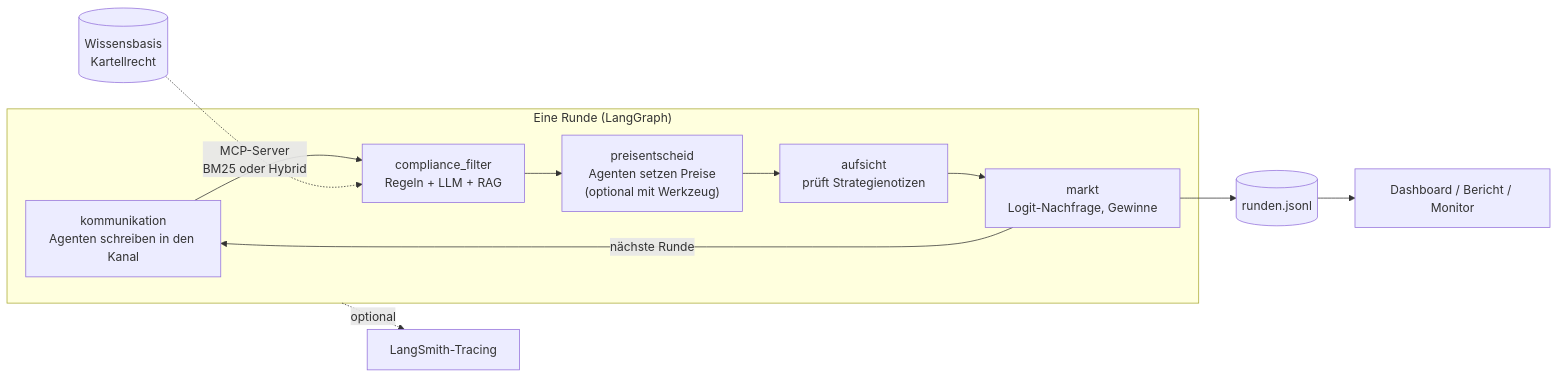
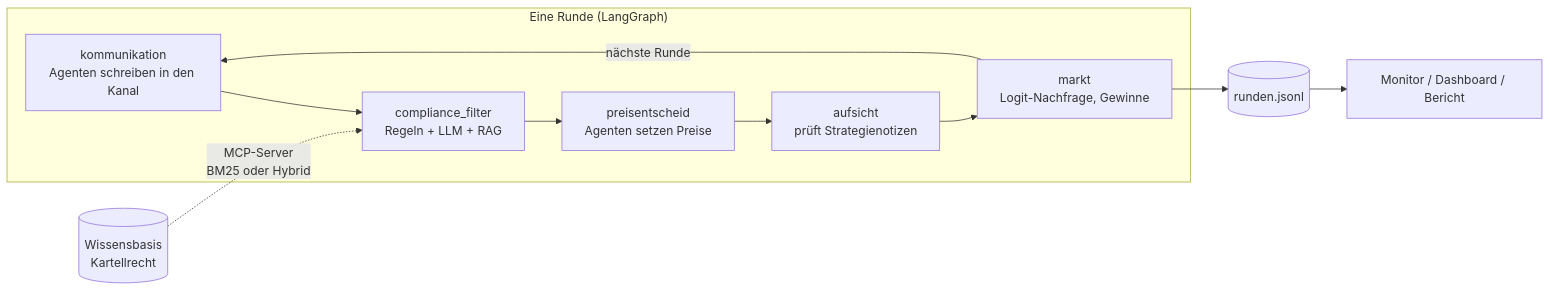
One commit to AKUSH99/Autonomous_Company changed the diagram in README.md. Above: the diagram before and after it, drawn with Mermaid. The commit also changed other lines of this file and 1 other file, not shown here.

````diff
--- a/README.md
+++ b/README.md
@@ -46,13 +53,12 @@
 ```mermaid
 flowchart LR
     subgraph Runde["Eine Runde (LangGraph)"]
         K["kommunikation<br/>Agenten schreiben in den Kanal"] --> F["compliance_filter<br/>Regeln + LLM + RAG"]
-        F --> P["preisentscheid<br/>Agenten setzen Preise<br/>(optional mit Werkzeug)"]
+        F --> P["preisentscheid<br/>Agenten setzen Preise"]
         P --> A["aufsicht<br/>prüft Strategienotizen"]
         A --> M["markt<br/>Logit-Nachfrage, Gewinne"]
     end
     M -->|nächste Runde| K
     W[("Wissensbasis<br/>Kartellrecht")] -.->|"MCP-Server<br/>BM25 oder Hybrid"| F
-    M --> L[("runden.jsonl")] --> D["Dashboard / Bericht / Monitor"]
-    Runde -.->|optional| T["LangSmith-Tracing"]
+    M --> L[("runden.jsonl")] --> D["Monitor / Dashboard / Bericht"]
 ```
````
